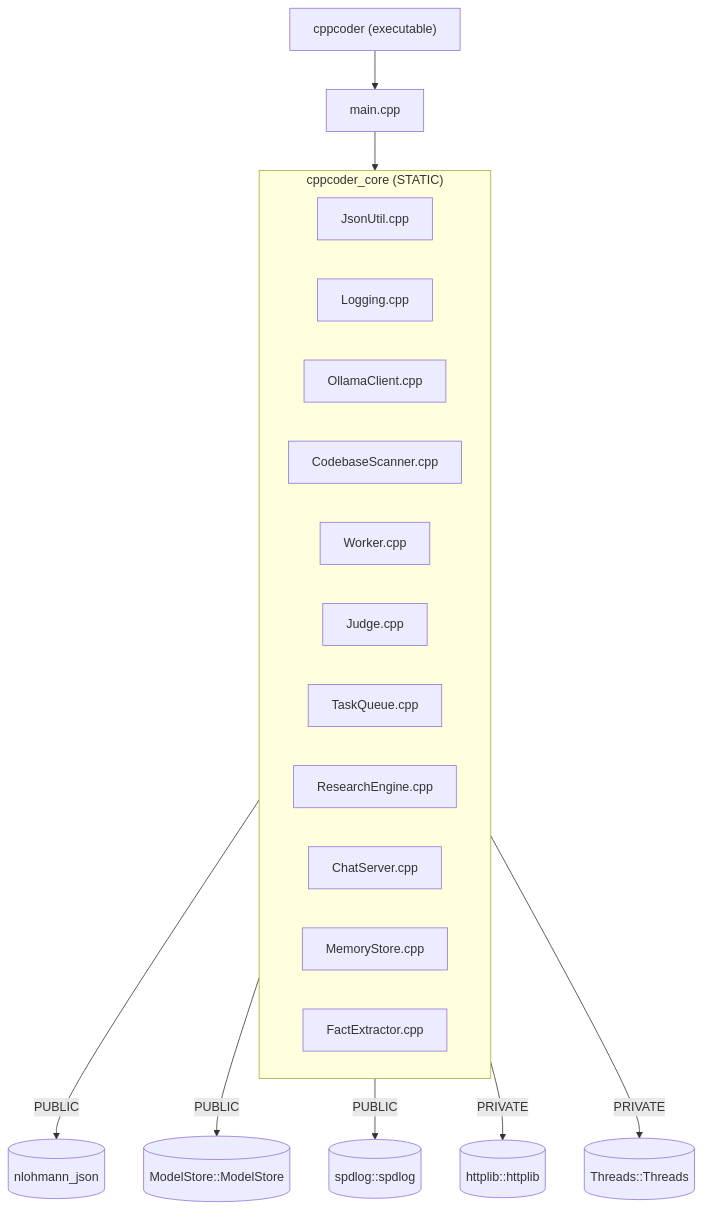
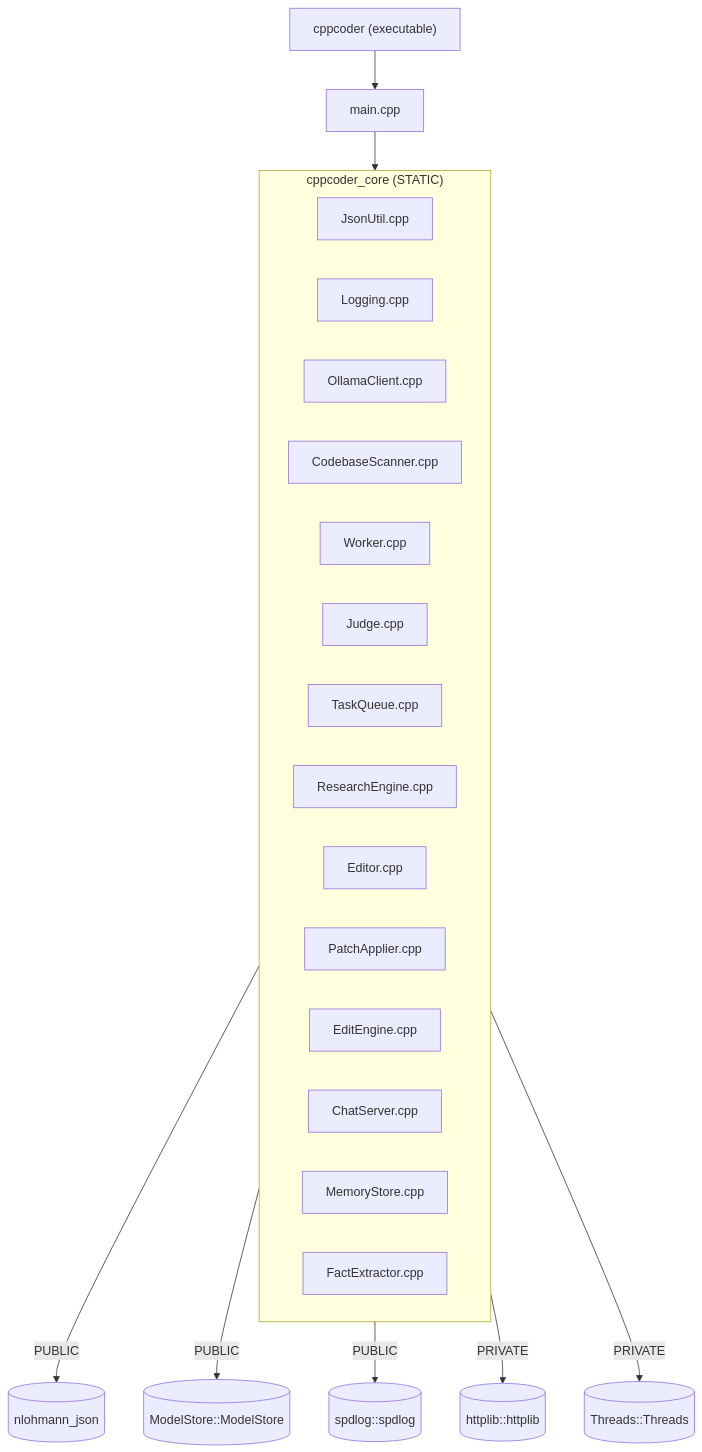
Before and after one commit to cschladetsch/CppCoder: the diagram in src/README.md, drawn with Mermaid. The commit also changed other lines of this file and 18 other files, not shown here.

````diff
--- a/src/README.md
+++ b/src/README.md
@@ -27,25 +30,28 @@
 ```mermaid
 flowchart TD
     subgraph lib["cppcoder_core (STATIC)"]
         JsonUtil.cpp
         Logging.cpp
         OllamaClient.cpp
         CodebaseScanner.cpp
         Worker.cpp
         Judge.cpp
         TaskQueue.cpp
         ResearchEngine.cpp
+        Editor.cpp
+        PatchApplier.cpp
+        EditEngine.cpp
         ChatServer.cpp
         MemoryStore.cpp
         FactExtractor.cpp
     end
 
     lib -->|PUBLIC| NJ[("nlohmann_json")]
     lib -->|PUBLIC| ModelStore[("ModelStore::ModelStore")]
     lib -->|PUBLIC| Spdlog[("spdlog::spdlog")]
     lib -->|PRIVATE| Httplib[("httplib::httplib")]
     lib -->|PRIVATE| Threads[("Threads::Threads")]
 
     main.cpp --> lib
     CLI["cppcoder (executable)"] --> main.cpp
 ```
````
